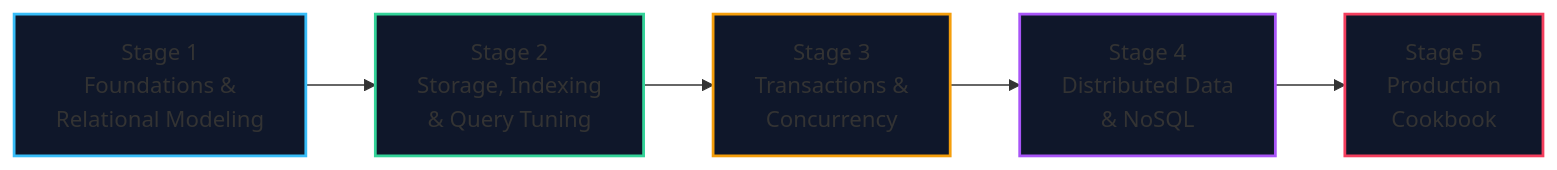
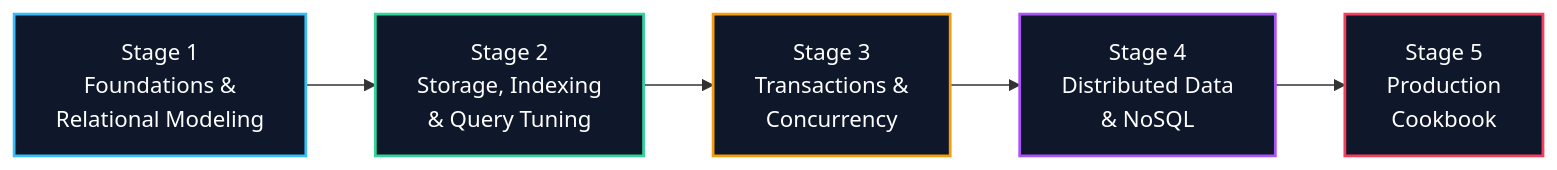
Before and after one commit to 1345AbhishekKumar/cs-cookbook: the first of 2 diagrams in content/docs/databases-sql/index.mdx, drawn with Mermaid. The commit also changed other lines of this file and 80 other files, not shown here.

````diff
--- a/content/docs/databases-sql/index.mdx
+++ b/content/docs/databases-sql/index.mdx
@@ -52,13 +25,13 @@
 ```mermaid
 flowchart LR
     A["Stage 1<br/>Foundations &<br/>Relational Modeling"] --> B["Stage 2<br/>Storage, Indexing<br/>& Query Tuning"]
     B --> C["Stage 3<br/>Transactions &<br/>Concurrency"]
     C --> D["Stage 4<br/>Distributed Data<br/>& NoSQL"]
     D --> E["Stage 5<br/>Production<br/>Cookbook"]
 
-    style A fill:#0f172a,stroke:#38bdf8,stroke-width:2px
-    style B fill:#0f172a,stroke:#34d399,stroke-width:2px
-    style C fill:#0f172a,stroke:#f59e0b,stroke-width:2px
-    style D fill:#0f172a,stroke:#a855f7,stroke-width:2px
-    style E fill:#0f172a,stroke:#f43f5e,stroke-width:2px
+    style A fill:#0f172a,stroke:#38bdf8,stroke-width:2px,color:#ffffff
+    style B fill:#0f172a,stroke:#34d399,stroke-width:2px,color:#ffffff
+    style C fill:#0f172a,stroke:#f59e0b,stroke-width:2px,color:#ffffff
+    style D fill:#0f172a,stroke:#a855f7,stroke-width:2px,color:#ffffff
+    style E fill:#0f172a,stroke:#f43f5e,stroke-width:2px,color:#ffffff
 ```
````
